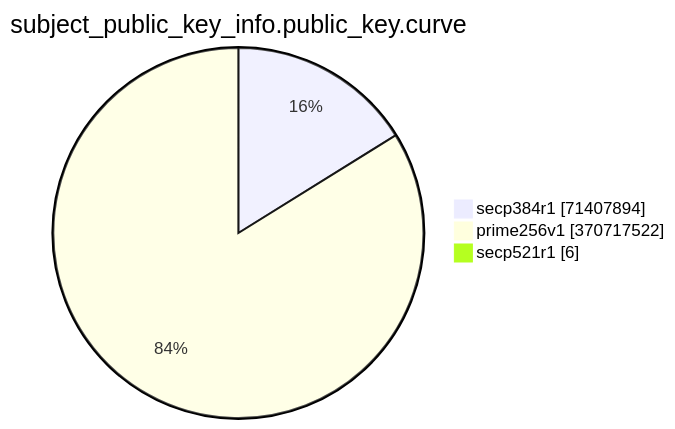
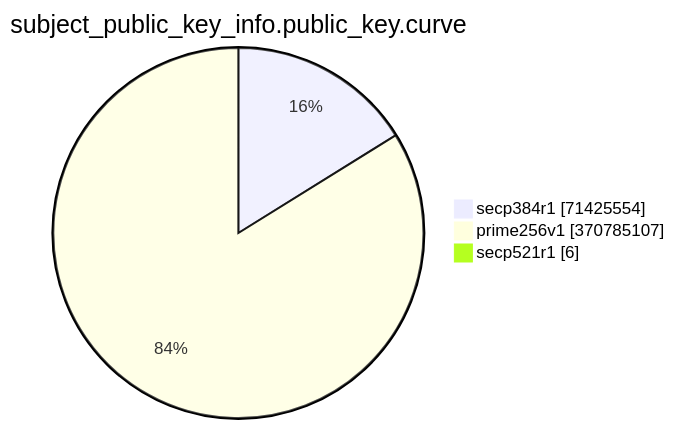
The eighth of 15 diagrams in TOTAL/README.md (christiankrug/ctmonitor_visualization), drawn with Mermaid before and after one commit. The commit also changed other lines of this file, not shown here.

````diff
--- a/TOTAL/README.md
+++ b/TOTAL/README.md
@@ -3094,7 +3094,7 @@
 ```mermaid
 pie showData
 title subject_public_key_info.public_key.curve
-"secp384r1" :71407894
-"prime256v1" :370717522
+"secp384r1" :71425554
+"prime256v1" :370785107
 "secp521r1" :6
 ```
````
